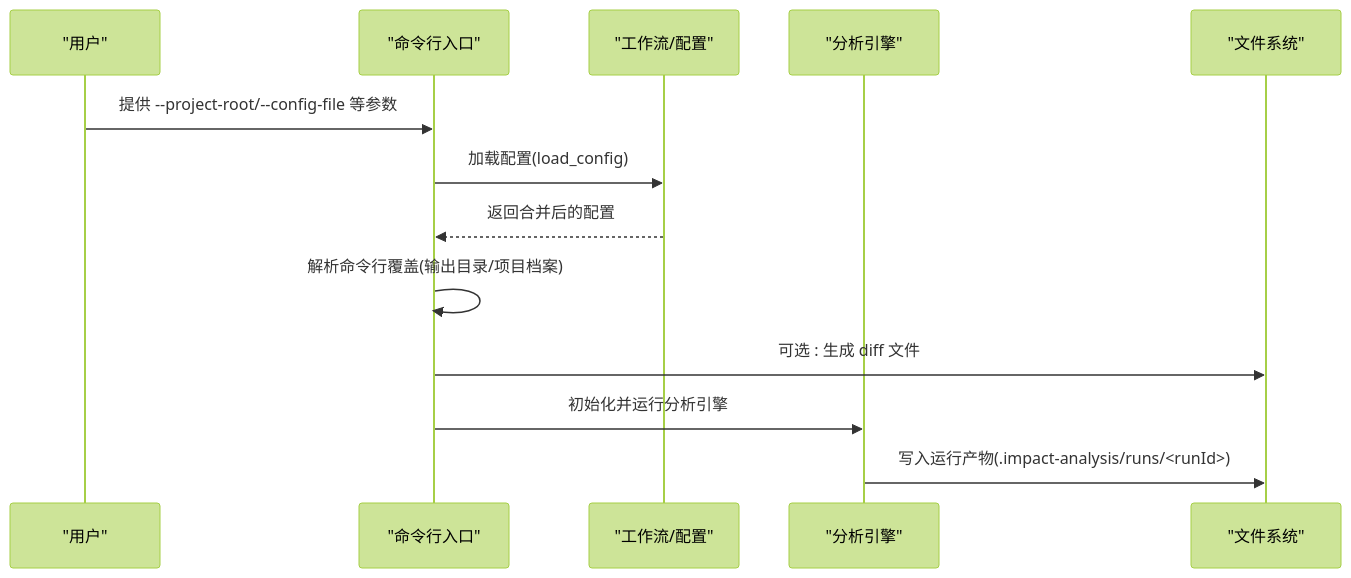
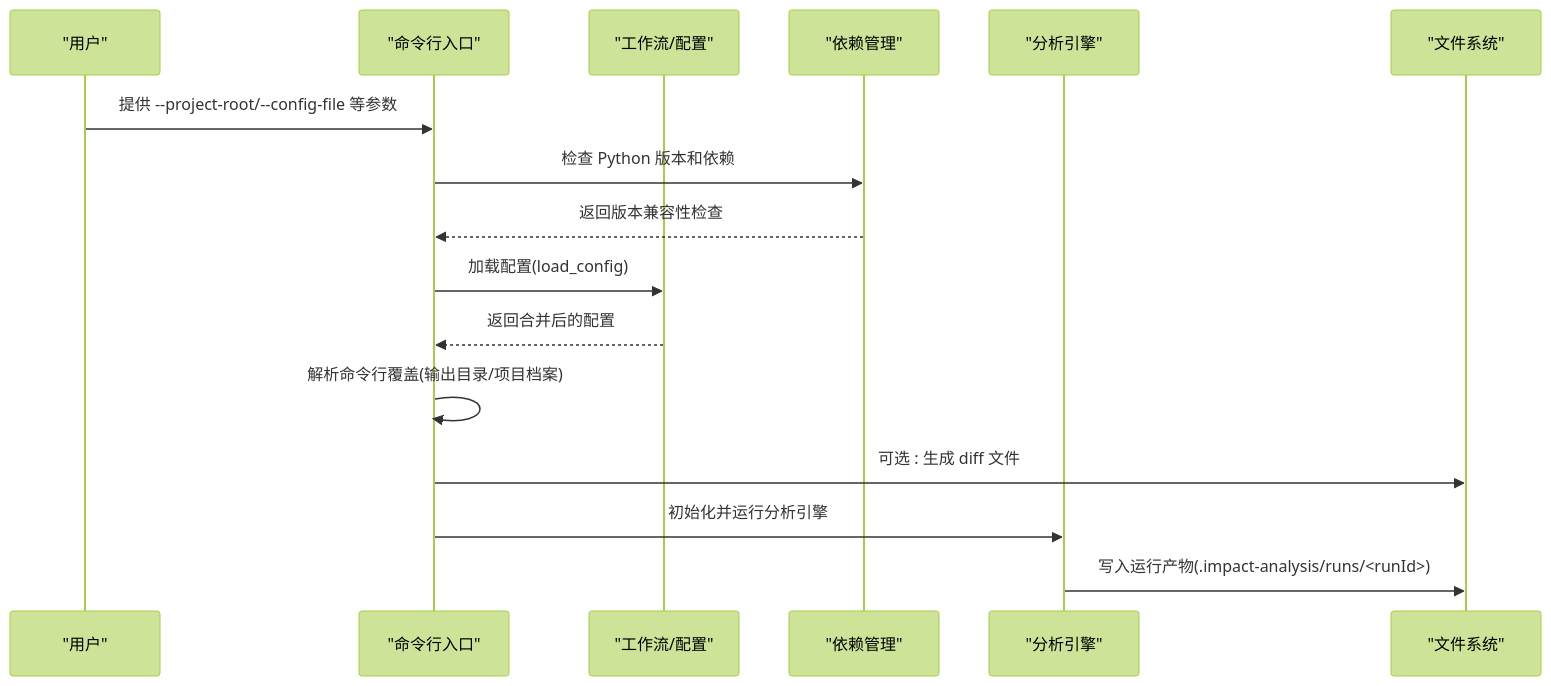
The second of 3 diagrams in .qoder/repowiki/zh/content/API参考/配置选项.md (brand-new-remo/frontend-impact-analyzer), drawn with Mermaid (forest theme) before and after one commit. The commit also changed other lines of this file and 8 other files, not shown here.

````diff
--- a/.qoder/repowiki/zh/content/API参考/配置选项.md
+++ b/.qoder/repowiki/zh/content/API参考/配置选项.md
@@ -70,15 +89,18 @@
 ```mermaid
 sequenceDiagram
 participant U as "用户"
 participant CLI as "命令行入口"
 participant WF as "工作流/配置"
+participant UV as "依赖管理"
 participant ENG as "分析引擎"
 participant FS as "文件系统"
 U->>CLI : 提供 --project-root/--config-file 等参数
+CLI->>UV : 检查 Python 版本和依赖
+UV-->>CLI : 返回版本兼容性检查
 CLI->>WF : 加载配置(load_config)
 WF-->>CLI : 返回合并后的配置
 CLI->>CLI : 解析命令行覆盖(输出目录/项目档案)
 CLI->>FS : 可选 : 生成 diff 文件
 CLI->>ENG : 初始化并运行分析引擎
 ENG->>FS : 写入运行产物(.impact-analysis/runs/<runId>)
 ```
````
